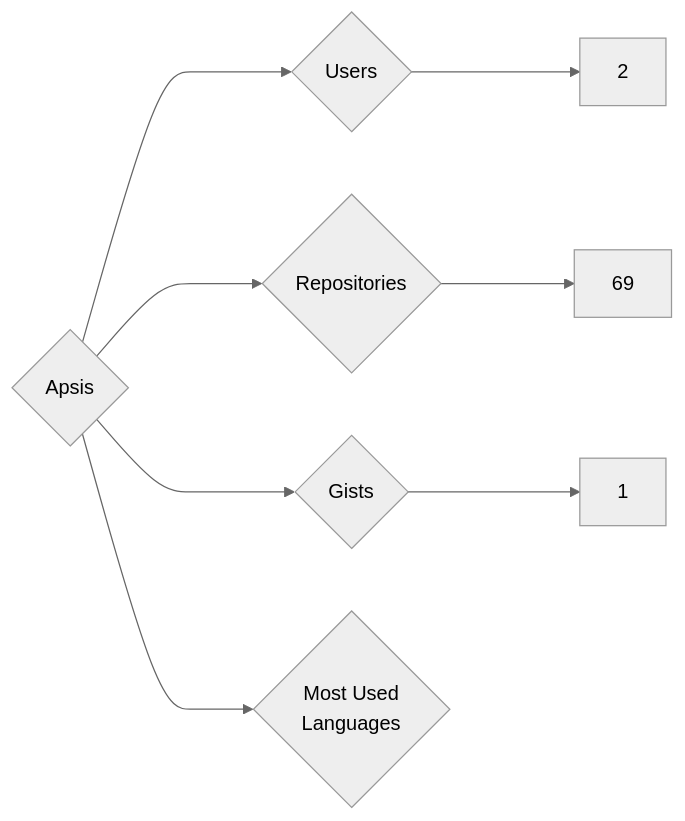
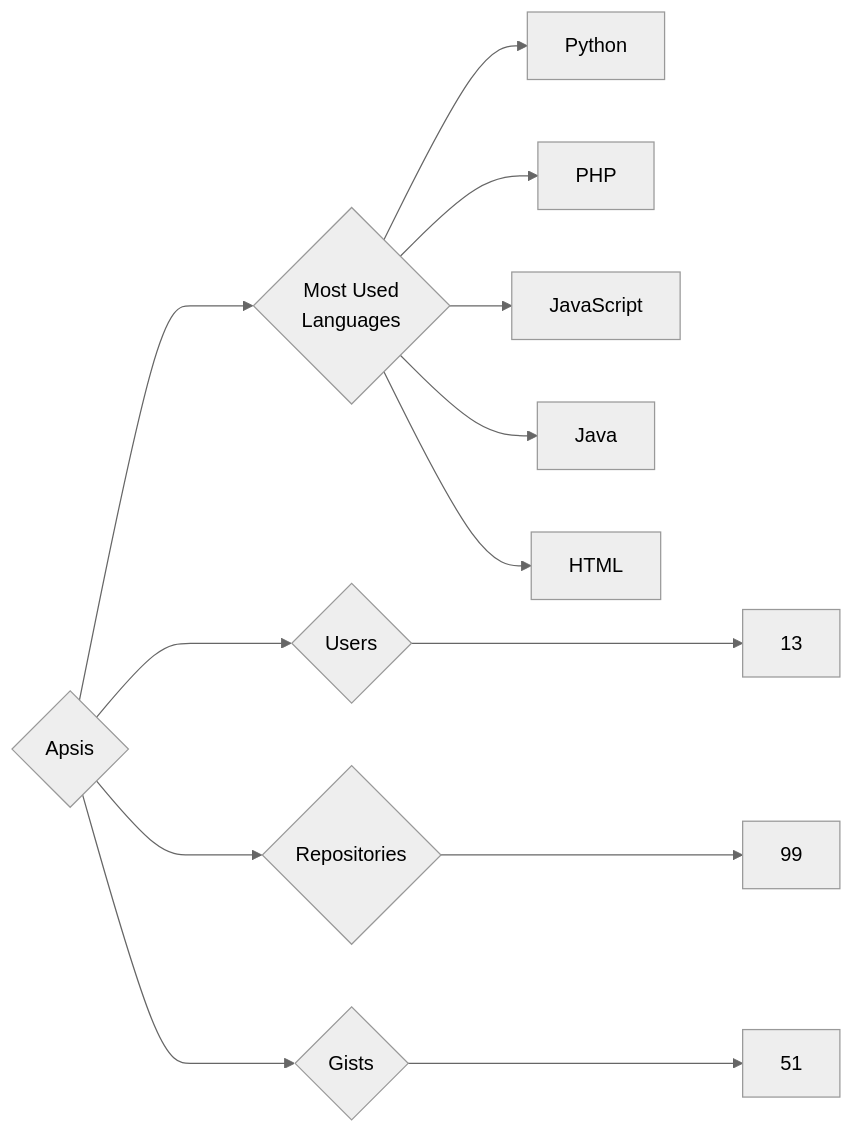
One commit to trickest/insiders changed the diagram in targets/Apsis/README.md. Above: the diagram before and after it, drawn with Mermaid (neutral theme). The commit also changed 925 other files, not shown here.

````diff
--- a/targets/Apsis/README.md
+++ b/targets/Apsis/README.md
@@ -3,8 +3,13 @@
 ```mermaid
 graph LR
 COMPANY_NAME{Apsis}
-COMPANY_NAME ---> U{Users} ---> UN[2]
-COMPANY_NAME ---> R{Repositories} ---> RN[69]
-COMPANY_NAME ---> G{Gists} ---> GN[1]
+COMPANY_NAME ---> U{Users} ---> UN[13]
+COMPANY_NAME ---> R{Repositories} ---> RN[99]
+COMPANY_NAME ---> G{Gists} ---> GN[51]
 COMPANY_NAME ---> ML{Most Used<br>Languages}
+ML --> Python[Python]
+ML --> PHP[PHP]
+ML --> JavaScript[JavaScript]
+ML --> Java[Java]
+ML --> HTML[HTML]
 ```
````
